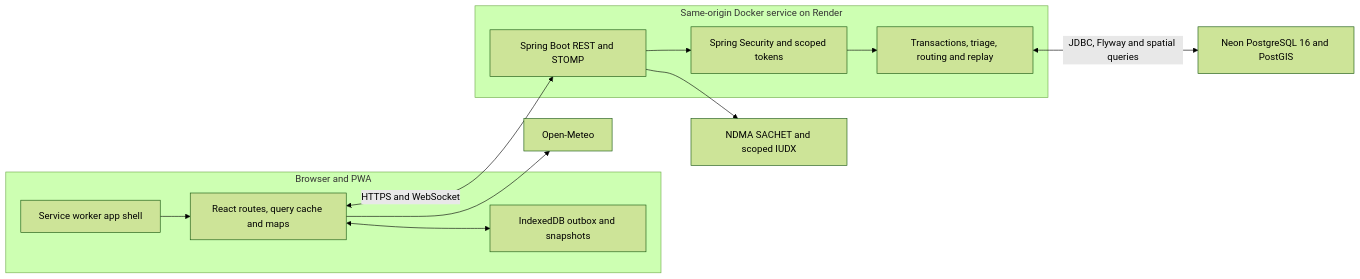
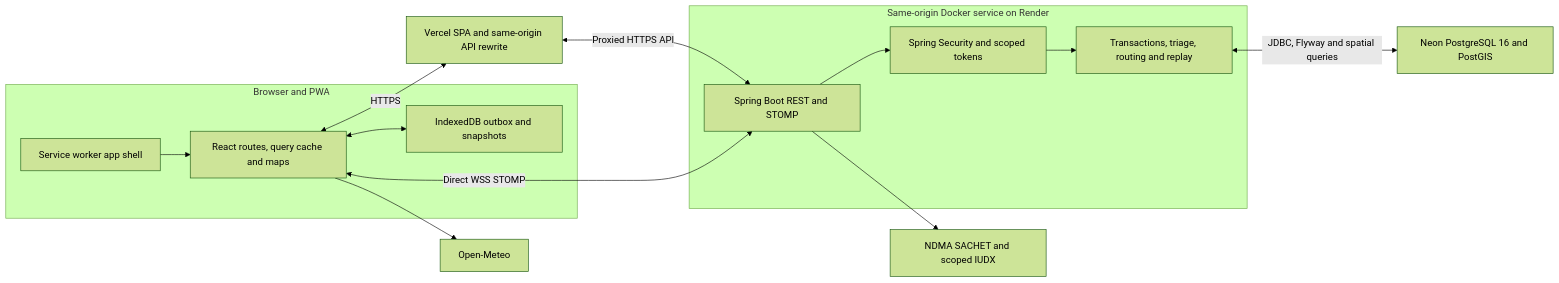
Before and after one commit to Manu577228/HydroGrid: the second of 2 diagrams in README.md, drawn with Mermaid (forest theme). The commit also changed other lines of this file and 5 other files, not shown here.

````diff
--- a/README.md
+++ b/README.md
@@ -80,20 +80,23 @@
 ```mermaid
 flowchart LR
     subgraph Browser["Browser and PWA"]
         React["React routes, query cache and maps"]
         DB["IndexedDB outbox and snapshots"]
         SW["Service worker app shell"]
         React <--> DB
         SW --> React
     end
     subgraph Render["Same-origin Docker service on Render"]
         API["Spring Boot REST and STOMP"]
         Auth["Spring Security and scoped tokens"]
         Services["Transactions, triage, routing and replay"]
         API --> Auth --> Services
     end
-    React <-->|"HTTPS and WebSocket"| API
+    Vercel["Vercel SPA and same-origin API rewrite"]
+    React <-->|"HTTPS"| Vercel
+    Vercel <-->|"Proxied HTTPS API"| API
+    React <-->|"Direct WSS STOMP"| API
     Services <-->|"JDBC, Flyway and spatial queries"| PG["Neon PostgreSQL 16 and PostGIS"]
     React --> Weather["Open-Meteo"]
     API --> Feeds["NDMA SACHET and scoped IUDX"]
 ```
````
